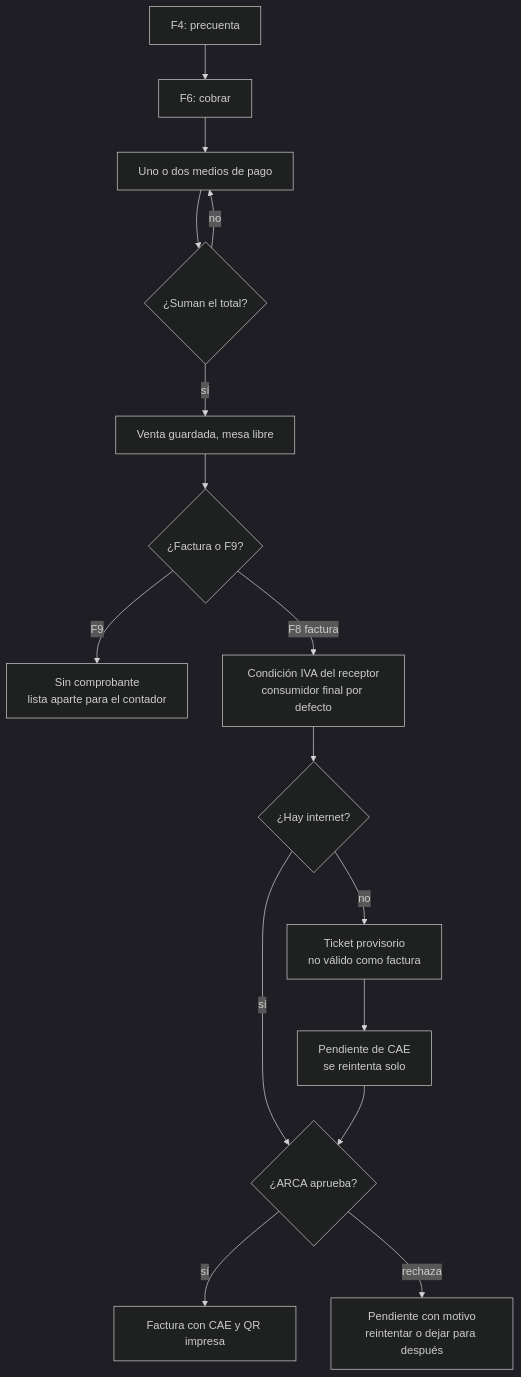
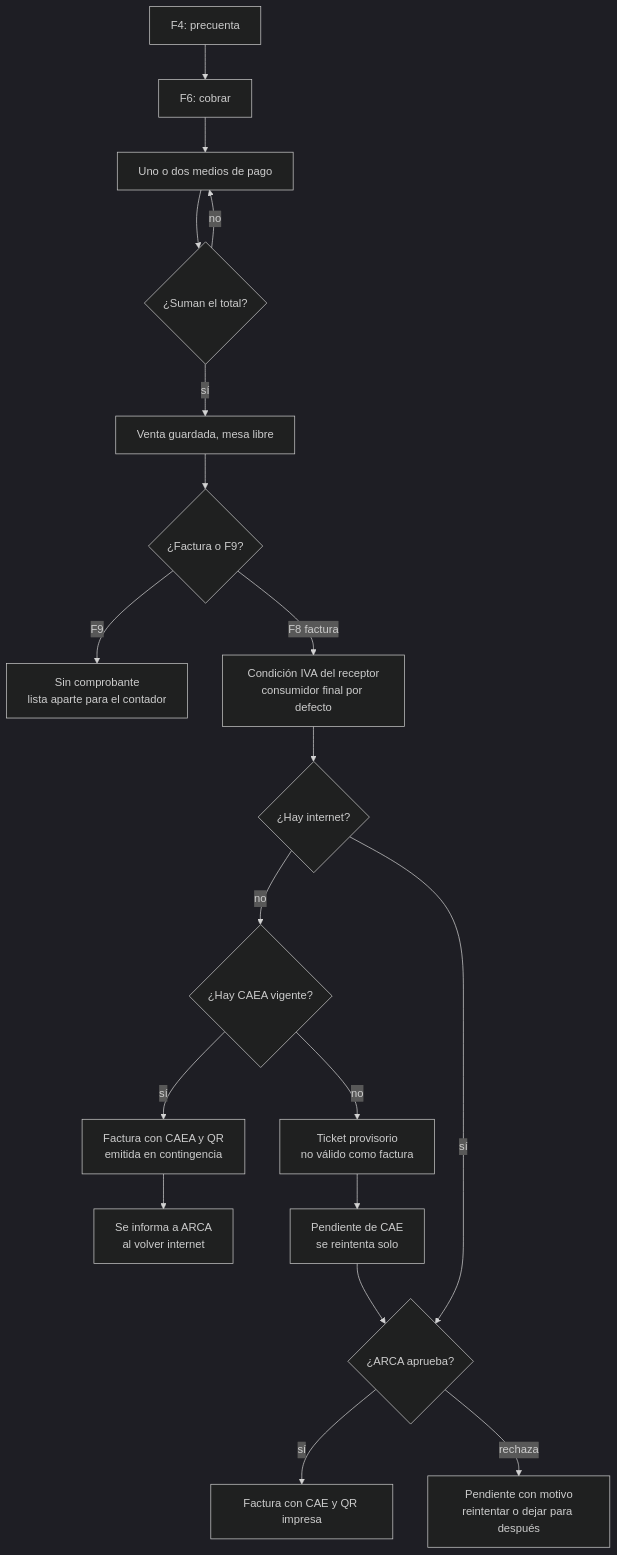
Before and after one commit to aleharo2003/floky: the third of 7 diagrams in docs/diagramas/06-flujos-funcionales.md, drawn with Mermaid (dark theme). The commit also changed other lines of this file and 45 other files, not shown here.

````diff
--- a/docs/diagramas/06-flujos-funcionales.md
+++ b/docs/diagramas/06-flujos-funcionales.md
@@ -69,18 +69,21 @@
 ```mermaid
 flowchart TD
     A["F4: precuenta"] --> B["F6: cobrar"]
     B --> C["Uno o dos medios de pago"]
     C --> D{"¿Suman el total?"}
     D -->|"no"| C
     D -->|"sí"| E["Venta guardada, mesa libre"]
     E --> F{"¿Factura o F9?"}
     F -->|"F9"| G["Sin comprobante<br/>lista aparte para el contador"]
     F -->|"F8 factura"| H["Condición IVA del receptor<br/>consumidor final por defecto"]
     H --> I{"¿Hay internet?"}
-    I -->|"no"| J["Ticket provisorio<br/>no válido como factura"]
+    I -->|"no"| Q{"¿Hay CAEA vigente?"}
+    Q -->|"sí"| R["Factura con CAEA y QR<br/>emitida en contingencia"]
+    R --> S["Se informa a ARCA<br/>al volver internet"]
+    Q -->|"no"| J["Ticket provisorio<br/>no válido como factura"]
     J --> K["Pendiente de CAE<br/>se reintenta solo"]
     I -->|"sí"| L{"¿ARCA aprueba?"}
     L -->|"sí"| M["Factura con CAE y QR impresa"]
     L -->|"rechaza"| N["Pendiente con motivo<br/>reintentar o dejar para después"]
     K --> L
 ```
````
